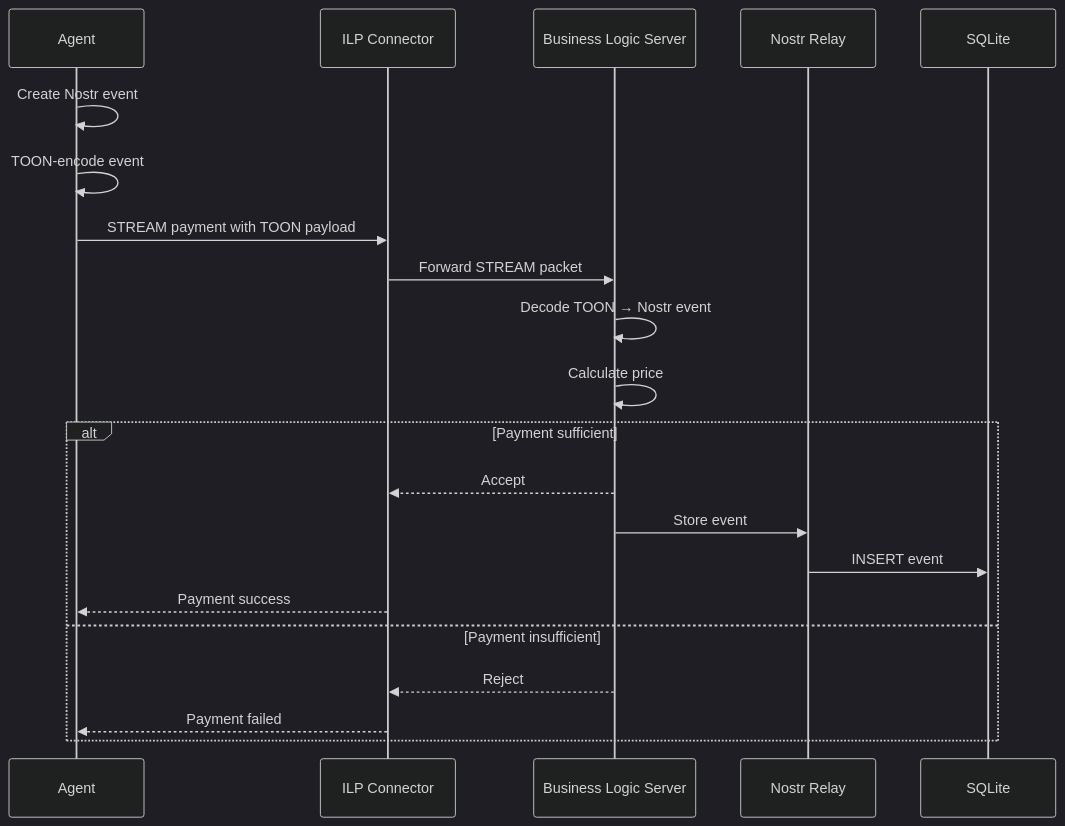
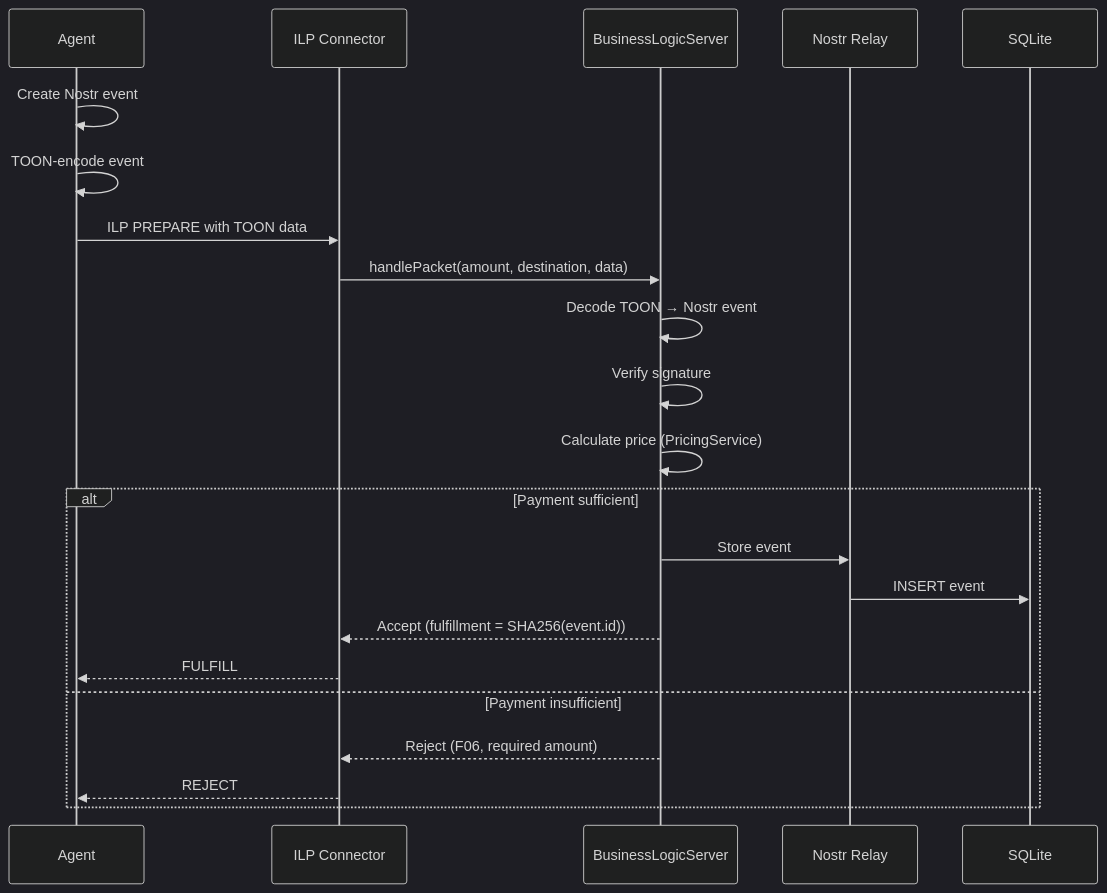
Before and after one commit to ALLiDoizCode/crosstown: the fifth of 7 diagrams in docs/architecture.md, drawn with Mermaid (dark theme). The commit also changed other lines of this file and 203 other files, not shown here.

````diff
--- a/docs/architecture.md
+++ b/docs/architecture.md
@@ -386,26 +611,27 @@
 ```mermaid
 sequenceDiagram
     participant Agent
     participant Connector as ILP Connector
-    participant BLS as Business Logic Server
+    participant BLS as BusinessLogicServer
     participant Relay as Nostr Relay
     participant DB as SQLite
 
     Agent->>Agent: Create Nostr event
     Agent->>Agent: TOON-encode event
-    Agent->>Connector: STREAM payment with TOON payload
-    Connector->>BLS: Forward STREAM packet
+    Agent->>Connector: ILP PREPARE with TOON data
+    Connector->>BLS: handlePacket(amount, destination, data)
 
     BLS->>BLS: Decode TOON → Nostr event
-    BLS->>BLS: Calculate price
+    BLS->>BLS: Verify signature
+    BLS->>BLS: Calculate price (PricingService)
 
     alt Payment sufficient
-        BLS-->>Connector: Accept
         BLS->>Relay: Store event
         Relay->>DB: INSERT event
-        Connector-->>Agent: Payment success
+        BLS-->>Connector: Accept (fulfillment = SHA256(event.id))
+        Connector-->>Agent: FULFILL
     else Payment insufficient
-        BLS-->>Connector: Reject
-        Connector-->>Agent: Payment failed
+        BLS-->>Connector: Reject (F06, required amount)
+        Connector-->>Agent: REJECT
     end
 ```
````
